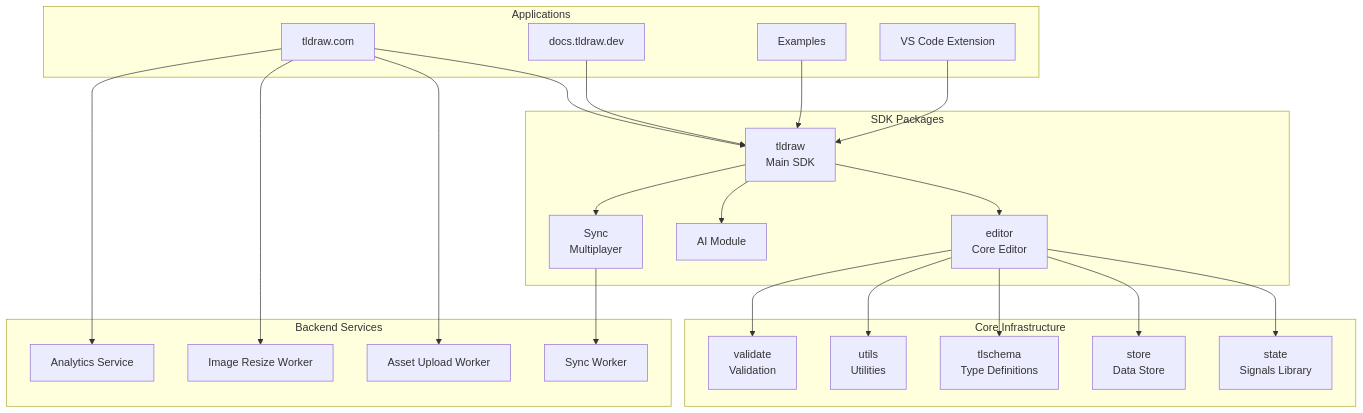
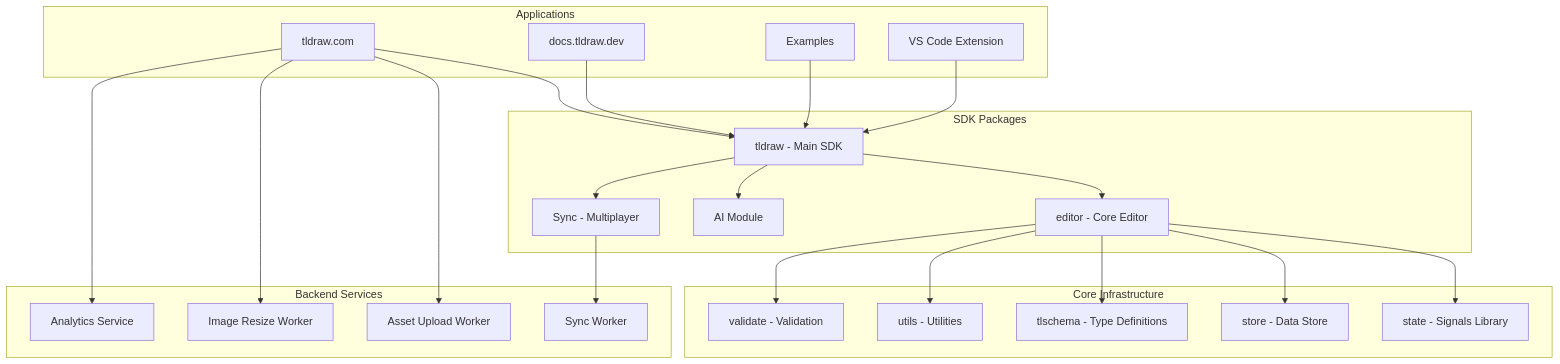
The first of 11 diagrams in architecture.md (rysuds/tldraw), drawn with Mermaid before and after one commit. The commit also changed other lines of this file, not shown here.

Commit message:
Refactor: Update architecture diagrams to use hyphens

````diff
--- a/architecture.md
+++ b/architecture.md
@@ -20,51 +20,51 @@
 ```mermaid
 graph TB
     subgraph "Applications"
         DOTCOM[tldraw.com]
         DOCS[docs.tldraw.dev]
         EXAMPLES[Examples]
         VSCODE[VS Code Extension]
     end
     
     subgraph "SDK Packages"
-        TLDRAW[tldraw<br/>Main SDK]
-        EDITOR[editor<br/>Core Editor]
+        TLDRAW[tldraw - Main SDK]
+        EDITOR[editor - Core Editor]
         AI[AI Module]
-        SYNC[Sync<br/>Multiplayer]
+        SYNC[Sync - Multiplayer]
     end
     
     subgraph "Core Infrastructure"
-        STATE[state<br/>Signals Library]
-        STORE[store<br/>Data Store]
-        TLSCHEMA[tlschema<br/>Type Definitions]
-        UTILS[utils<br/>Utilities]
-        VALIDATE[validate<br/>Validation]
+        STATE[state - Signals Library]
+        STORE[store - Data Store]
+        TLSCHEMA[tlschema - Type Definitions]
+        UTILS[utils - Utilities]
+        VALIDATE[validate - Validation]
     end
     
     subgraph "Backend Services"
         SYNC_WORKER[Sync Worker]
         ASSET_WORKER[Asset Upload Worker]
         IMAGE_WORKER[Image Resize Worker]
         ANALYTICS[Analytics Service]
     end
     
     DOTCOM --> TLDRAW
     DOCS --> TLDRAW
     EXAMPLES --> TLDRAW
     VSCODE --> TLDRAW
     
     TLDRAW --> EDITOR
     TLDRAW --> AI
     TLDRAW --> SYNC
     
     EDITOR --> STATE
     EDITOR --> STORE
     EDITOR --> TLSCHEMA
     EDITOR --> UTILS
     EDITOR --> VALIDATE
     
     SYNC --> SYNC_WORKER
     DOTCOM --> ASSET_WORKER
     DOTCOM --> IMAGE_WORKER
     DOTCOM --> ANALYTICS
 ```
````
